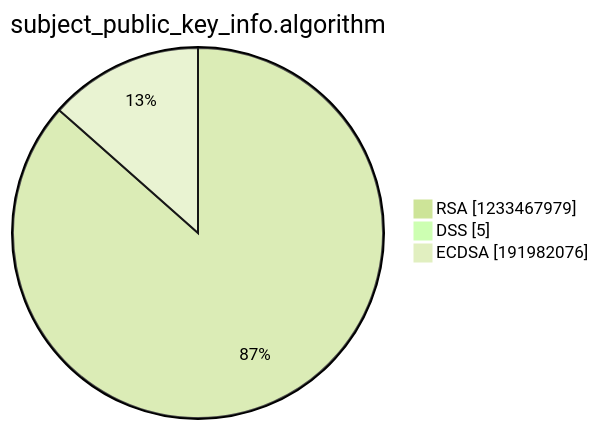
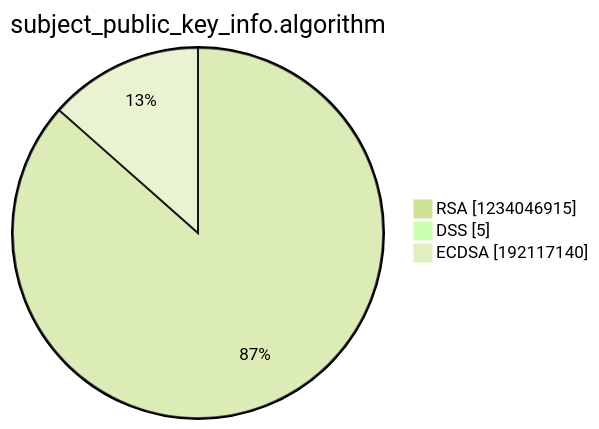
One commit to christiankrug/ctmonitor_visualization changed the third of 15 diagrams in argon2022/README.md. Above: the diagram before and after it, drawn with Mermaid (forest theme). The commit also changed other lines of this file, not shown here.

````diff
--- a/argon2022/README.md
+++ b/argon2022/README.md
@@ -14,7 +14,7 @@
 ```mermaid
 pie showData
 title subject_public_key_info.algorithm
-"RSA" :1233467979
+"RSA" :1234046915
 "DSS" :5
-"ECDSA" :191982076
+"ECDSA" :192117140
 ```
````
